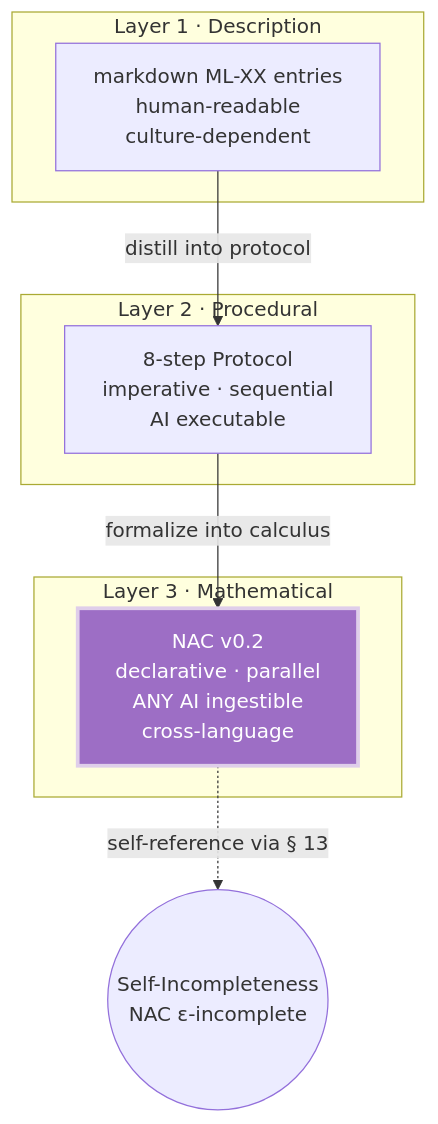
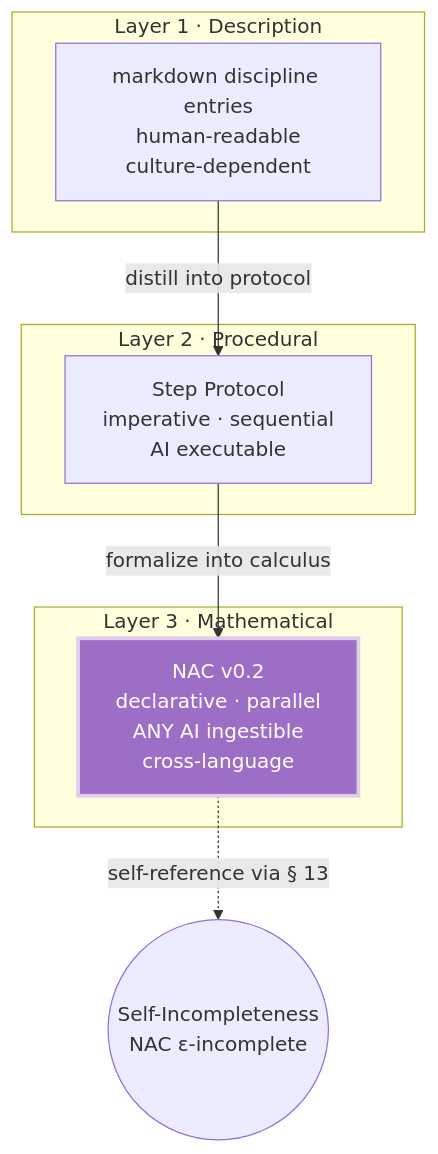
Before and after one commit to LostMaxi/nac-architecture-calculus: the sixth of 9 diagrams in visuals.md, drawn with Mermaid. The commit also changed other lines of this file and 2 other files, not shown here.

````diff
--- a/visuals.md
+++ b/visuals.md
@@ -193,21 +174,21 @@
 ```mermaid
 graph TB
     subgraph "Layer 1 · Description"
-        L1[markdown ML-XX entries<br/>human-readable<br/>culture-dependent]
+        L1[markdown discipline entries<br/>human-readable<br/>culture-dependent]
     end
 
     subgraph "Layer 2 · Procedural"
-        L2[8-step Protocol<br/>imperative · sequential<br/>AI executable]
+        L2[Step Protocol<br/>imperative · sequential<br/>AI executable]
     end
 
     subgraph "Layer 3 · Mathematical"
         L3[NAC v0.2<br/>declarative · parallel<br/>ANY AI ingestible<br/>cross-language]
     end
 
     L1 -->|distill into protocol| L2
     L2 -->|formalize into calculus| L3
     L3 -.->|self-reference via § 13| L3_meta((Self-Incompleteness<br/>NAC ε-incomplete))
 
     classDef richest fill:#9d6ec5,stroke:#dfceea,stroke-width:3px,color:#ffffff
     class L3 richest
 ```
````
